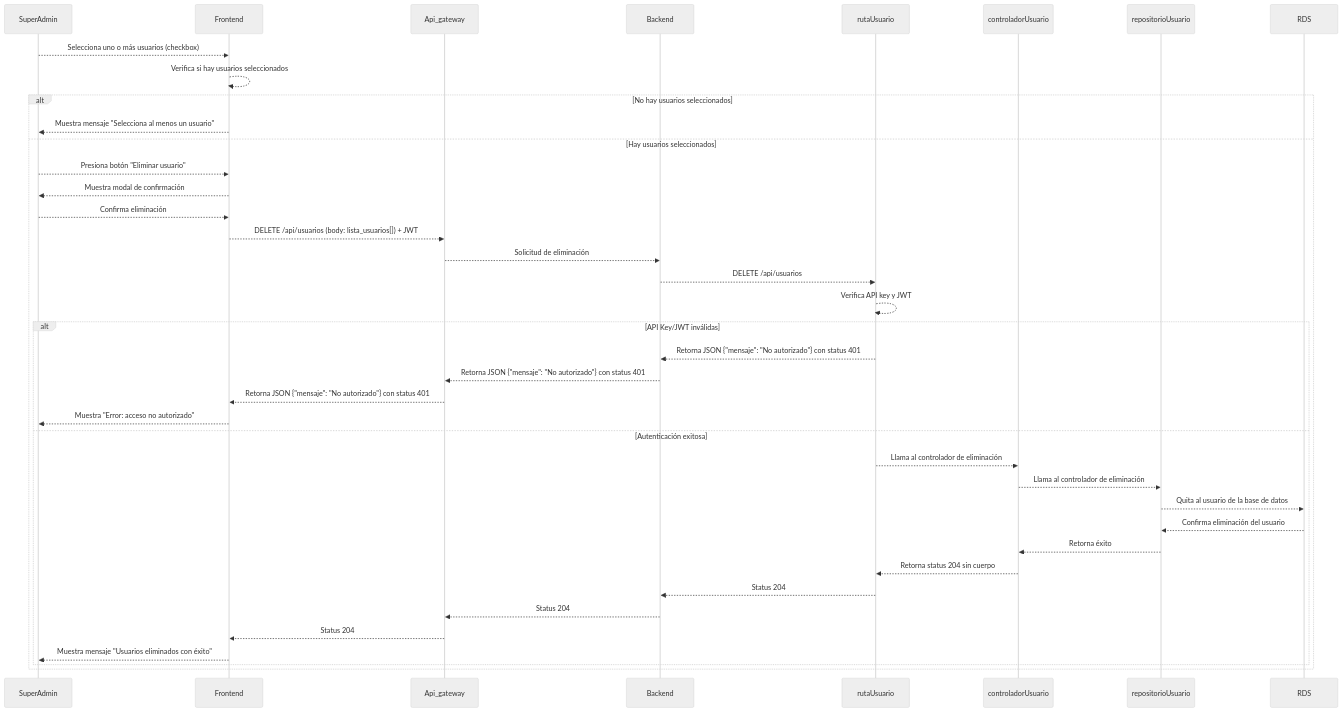
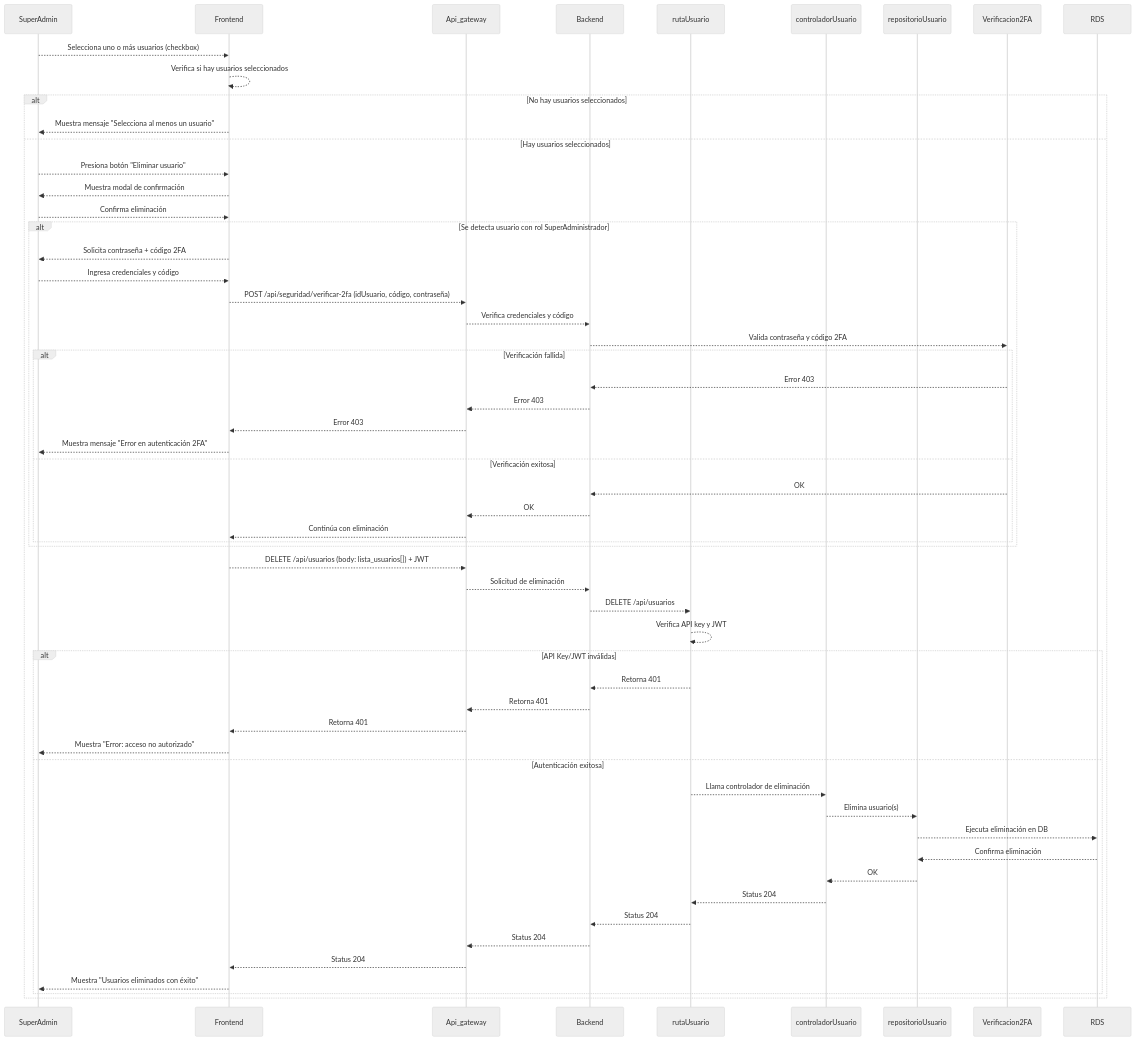
One commit to CodeAnd-Co/Documentacion changed the diagram in documentation/docs/proyectos/textiles/documentacion/requisitos/RF5.md. Above: the diagram before and after it, drawn with Mermaid (neutral theme). The commit also changed other lines of this file and 5 other files, not shown here.

````diff
--- a/documentation/docs/proyectos/textiles/documentacion/requisitos/RF5.md
+++ b/documentation/docs/proyectos/textiles/documentacion/requisitos/RF5.md
@@ -27,48 +32,65 @@
 ```mermaid
 sequenceDiagram
 participant SuperAdmin
 participant Frontend
 participant Api_gateway
 participant Backend
 participant rutaUsuario
 participant controladorUsuario
 participant repositorioUsuario
+participant Verificacion2FA
 participant RDS
 
 SuperAdmin -->> Frontend: Selecciona uno o más usuarios (checkbox)
 
 Frontend -->> Frontend: Verifica si hay usuarios seleccionados
 alt No hay usuarios seleccionados
     Frontend -->> SuperAdmin: Muestra mensaje "Selecciona al menos un usuario"
 else Hay usuarios seleccionados
     SuperAdmin -->> Frontend: Presiona botón "Eliminar usuario"
     Frontend -->> SuperAdmin: Muestra modal de confirmación
     SuperAdmin -->> Frontend: Confirma eliminación
 
+    alt Se detecta usuario con rol SuperAdministrador
+        Frontend -->> SuperAdmin: Solicita contraseña + código 2FA
+        SuperAdmin -->> Frontend: Ingresa credenciales y código
+        Frontend -->> Api_gateway: POST /api/seguridad/verificar-2fa (idUsuario, código, contraseña)
+        Api_gateway -->> Backend: Verifica credenciales y código
+
+        Backend -->> Verificacion2FA: Valida contraseña y código 2FA
+        alt Verificación fallida
+            Verificacion2FA -->> Backend: Error 403
+            Backend -->> Api_gateway: Error 403
+            Api_gateway -->> Frontend: Error 403
+            Frontend -->> SuperAdmin: Muestra mensaje "Error en autenticación 2FA"
+        else Verificación exitosa
+            Verificacion2FA -->> Backend: OK
+            Backend -->> Api_gateway: OK
+            Api_gateway -->> Frontend: Continúa con eliminación
+        end
+    end
+
     Frontend -->> Api_gateway: DELETE /api/usuarios (body: lista_usuarios[]) + JWT
-
     Api_gateway -->> Backend: Solicitud de eliminación
-
     Backend -->> rutaUsuario: DELETE /api/usuarios
-
     rutaUsuario -->> rutaUsuario: Verifica API key y JWT
 
     alt API Key/JWT inválidas
-        rutaUsuario -->> Backend: Retorna JSON {"mensaje": "No autorizado"} con status 401
-        Backend -->> Api_gateway: Retorna JSON {"mensaje": "No autorizado"} con status 401
-        Api_gateway -->> Frontend: Retorna JSON {"mensaje": "No autorizado"} con status 401
+        rutaUsuario -->> Backend: Retorna 401
+        Backend -->> Api_gateway: Retorna 401
+        Api_gateway -->> Frontend: Retorna 401
         Frontend -->> SuperAdmin: Muestra "Error: acceso no autorizado"
     else Autenticación exitosa
-        rutaUsuario -->> controladorUsuario: Llama al controlador de eliminación
-        controladorUsuario -->> repositorioUsuario: Llama al controlador de eliminación
-        repositorioUsuario -->> RDS: Quita al usuario de la base de datos
-        RDS -->> repositorioUsuario: Confirma eliminación del usuario
-        repositorioUsuario -->> controladorUsuario: Retorna éxito
-        controladorUsuario -->> rutaUsuario: Retorna status 204 sin cuerpo
+        rutaUsuario -->> controladorUsuario: Llama controlador de eliminación
+        controladorUsuario -->> repositorioUsuario: Elimina usuario(s)
+        repositorioUsuario -->> RDS: Ejecuta eliminación en DB
+        RDS -->> repositorioUsuario: Confirma eliminación
+        repositorioUsuario -->> controladorUsuario: OK
+        controladorUsuario -->> rutaUsuario: Status 204
         rutaUsuario -->> Backend: Status 204
         Backend -->> Api_gateway: Status 204
         Api_gateway -->> Frontend: Status 204
-        Frontend -->> SuperAdmin: Muestra mensaje "Usuarios eliminados con éxito"
+        Frontend -->> SuperAdmin: Muestra "Usuarios eliminados con éxito"
     end
 end
 ```
````
